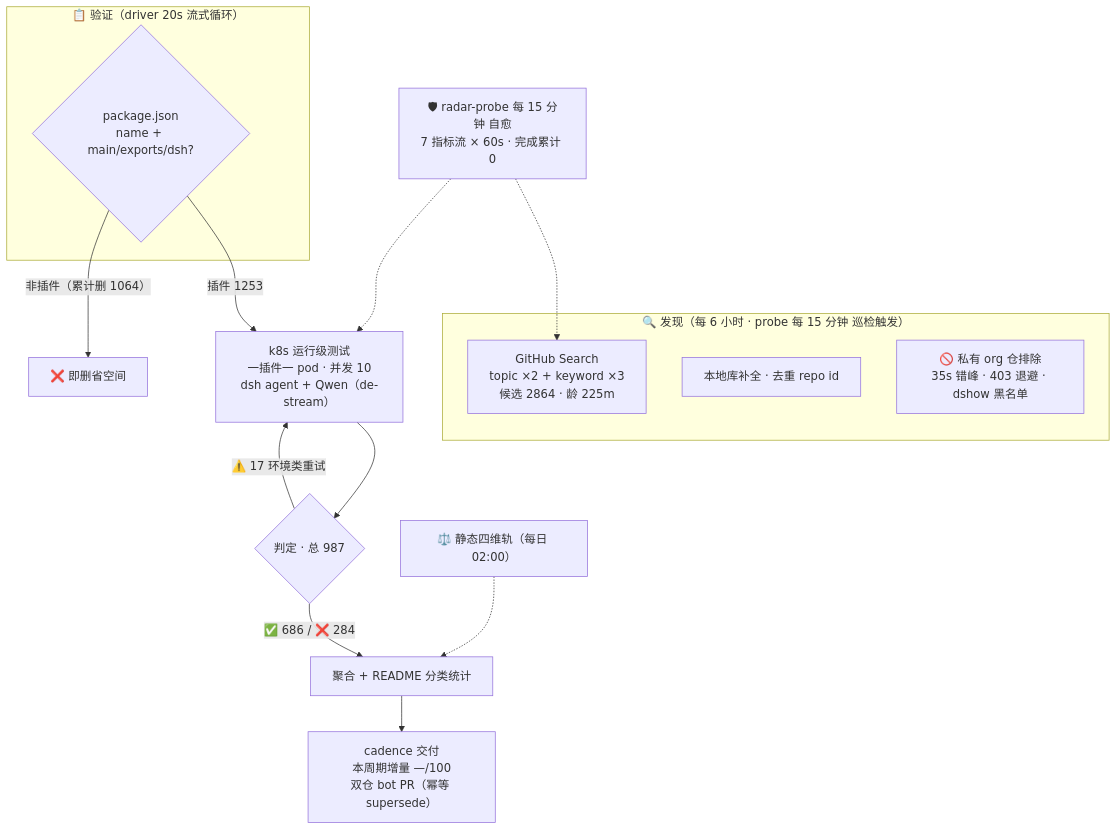
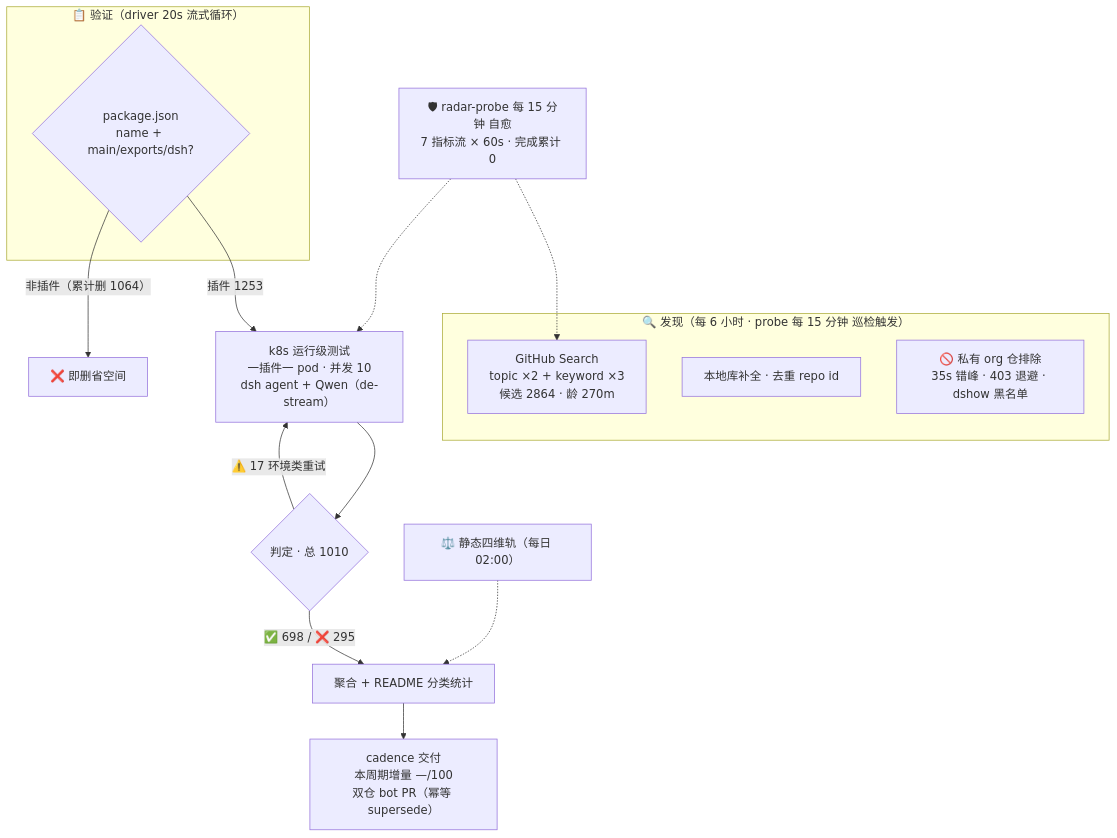
Before and after one commit to Zhidao-Lab-OSS/awesome-dsh-plugins: the diagram in README.md, drawn with Mermaid. The commit also changed other lines of this file and 1 other file, not shown here.

````diff
--- a/README.md
+++ b/README.md
@@ -32,20 +32,20 @@
 ```mermaid
 flowchart TB
     subgraph Discovery["🔍 发现（每 6 小时 · probe 每 15 分钟 巡检触发）"]
-        A1["GitHub Search<br/>topic ×2 + keyword ×3<br/>候选 2864 · 龄 225m"]
+        A1["GitHub Search<br/>topic ×2 + keyword ×3<br/>候选 2864 · 龄 270m"]
         A2["本地库补全 · 去重 repo id"]
         A3["🚫 私有 org 仓排除<br/>35s 错峰 · 403 退避 · dshow 黑名单"]
     end
     subgraph Validation["📋 验证（driver 20s 流式循环）"]
         B1{"package.json<br/>name + main/exports/dsh?"}
     end
     B1 -->|"插件 1253"| C1["k8s 运行级测试<br/>一插件一 pod · 并发 10<br/>dsh agent + Qwen（de-stream）"]
     B1 -->|"非插件（累计删 1064）"| B3["❌ 即删省空间"]
-    C1 --> D1{"判定 · 总 987"}
-    D1 -->|"✅ 686 / ❌ 284"| E1["聚合 + README 分类统计"]
+    C1 --> D1{"判定 · 总 1010"}
+    D1 -->|"✅ 698 / ❌ 295"| E1["聚合 + README 分类统计"]
     D1 -->|"⚠️ 17 环境类重试"| C1
     E1 --> E2["cadence 交付<br/>本周期增量 —/100<br/>双仓 bot PR（幂等 supersede）"]
     S["⚖️ 静态四维轨（每日 02:00）"] -.-> E1
     M["🛡 radar-probe 每 15 分钟 自愈<br/>7 指标流 × 60s · 完成累计 0"] -.-> A1
     M -.-> C1
 ```
````
